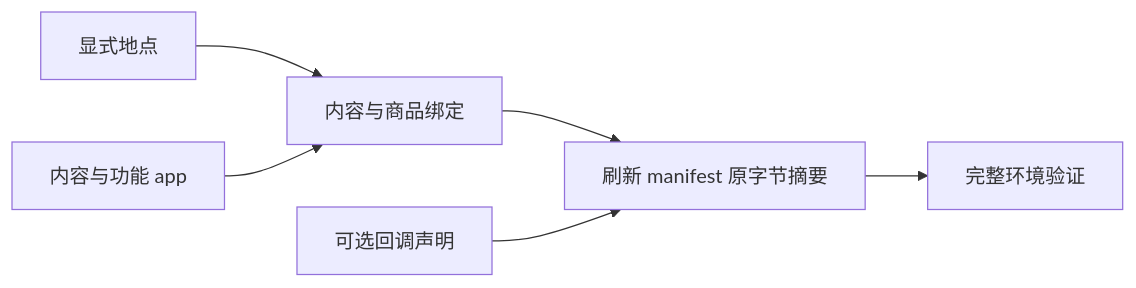
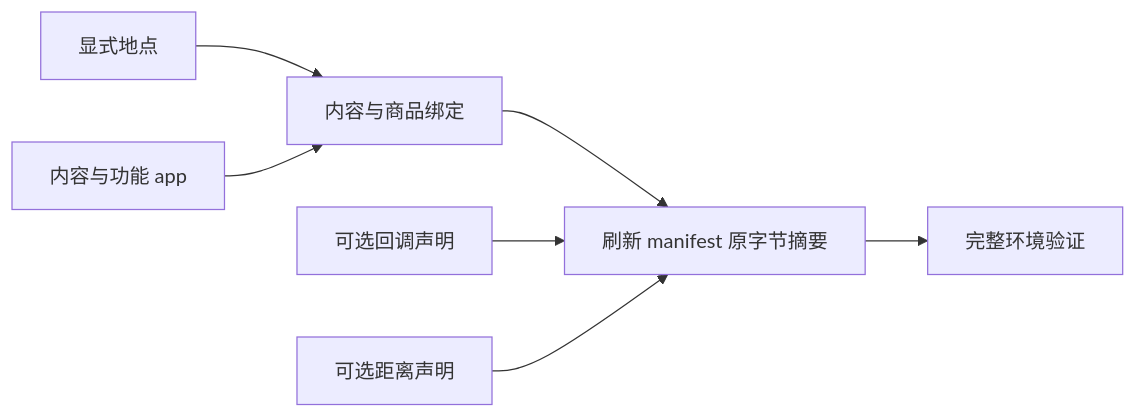
One commit to HoldThatThgt/WorldMock changed the diagram in docs/manual/resources.md. Above: the diagram before and after it, drawn with Mermaid. The commit also changed other lines of this file and 7 other files, not shown here.

````diff
--- a/docs/manual/resources.md
+++ b/docs/manual/resources.md
@@ -18,8 +36,9 @@
 ```mermaid
 flowchart LR
     Locations[显式地点] --> Bindings[内容与商品绑定]
     Apps[内容与功能 app] --> Bindings
     Bindings --> Publish[刷新 manifest 原字节摘要]
     Callbacks[可选回调声明] --> Publish
+    Distances[可选距离声明] --> Publish
     Publish --> Validate[完整环境验证]
 ```
````
